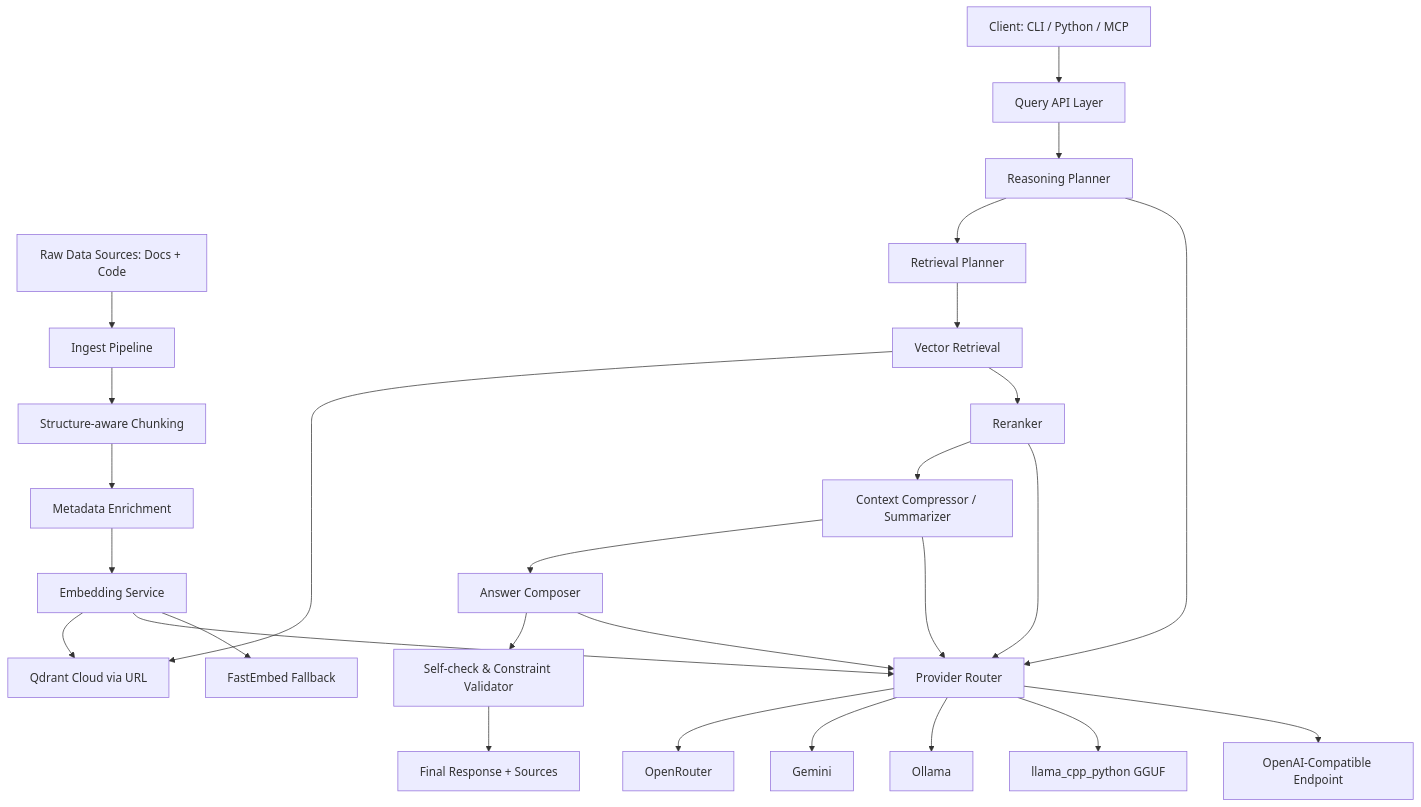
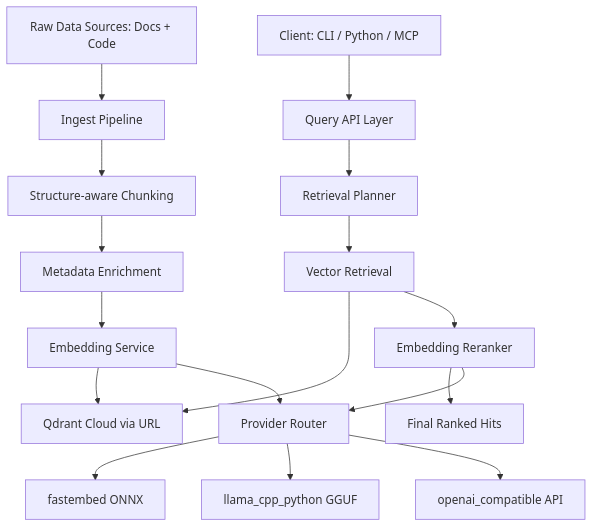
One commit to kelasdev/agentRAG changed the first of 3 diagrams in PRD.md. Above: the diagram before and after it, drawn with Mermaid. The commit also changed other lines of this file and 14 other files, not shown here.

First line of the commit message:
feat(config): migrate from multi-provider to single-provider embedding architecture

````diff
--- a/PRD.md
+++ b/PRD.md
@@ -640,34 +597,24 @@
 ```mermaid
 
 graph TD
 
     A[Raw Data Sources: Docs + Code] --> B[Ingest Pipeline]
     B --> C[Structure-aware Chunking]
     C --> D[Metadata Enrichment]
     D --> E[Embedding Service]
     E --> F[Qdrant Cloud via URL]
 
     U[Client: CLI / Python / MCP] --> G[Query API Layer]
-    G --> H[Reasoning Planner]
-    H --> I[Retrieval Planner]
-    I --> J[Vector Retrieval]
-    J --> F
-    J --> K[Reranker]
-    K --> L[Context Compressor / Summarizer]
-    L --> M[Answer Composer]
-    M --> N[Self-check & Constraint Validator]
-    N --> O[Final Response + Sources]
+    G --> H[Retrieval Planner]
+    H --> I[Vector Retrieval]
+    I --> F
+    I --> J[Embedding Reranker]
+    J --> K[Final Ranked Hits]
 
     E --> P[Provider Router]
-    H --> P
-    K --> P
-    L --> P
-    M --> P
-    P --> P1[OpenRouter]
-    P --> P2[Gemini]
-    P --> P3[Ollama]
-    P --> P4[llama_cpp_python GGUF]
-    P --> P5[OpenAI-Compatible Endpoint]
-    E --> P6[FastEmbed Fallback]
+    J --> P
+    P --> P1[fastembed ONNX]
+    P --> P2[llama_cpp_python GGUF]
+    P --> P3[openai_compatible API]
 
 ```
````
